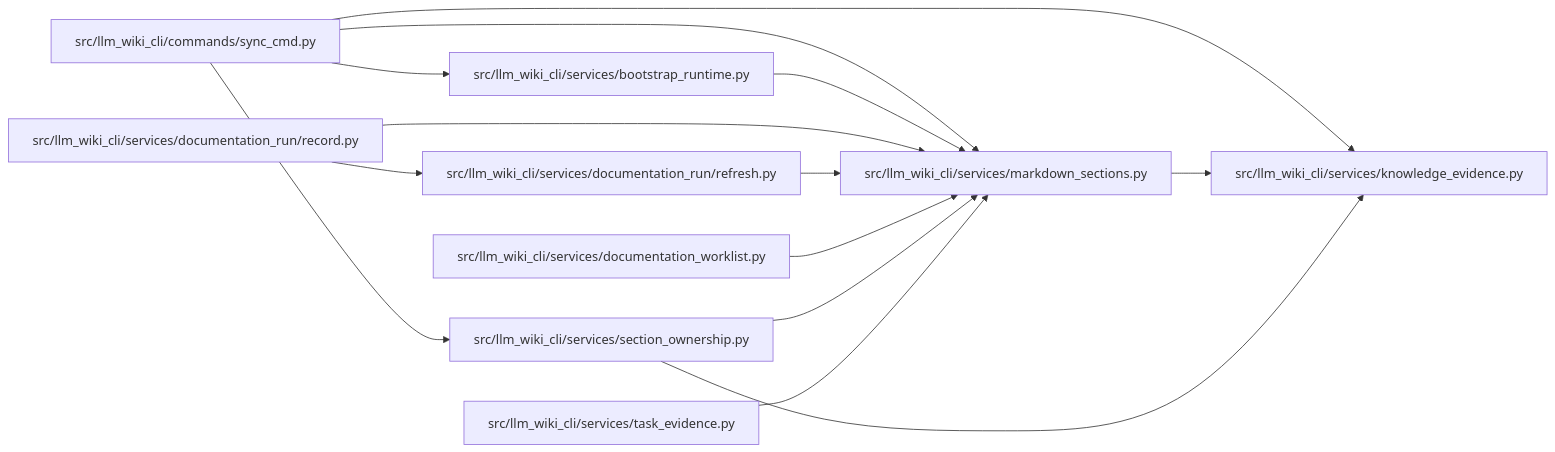
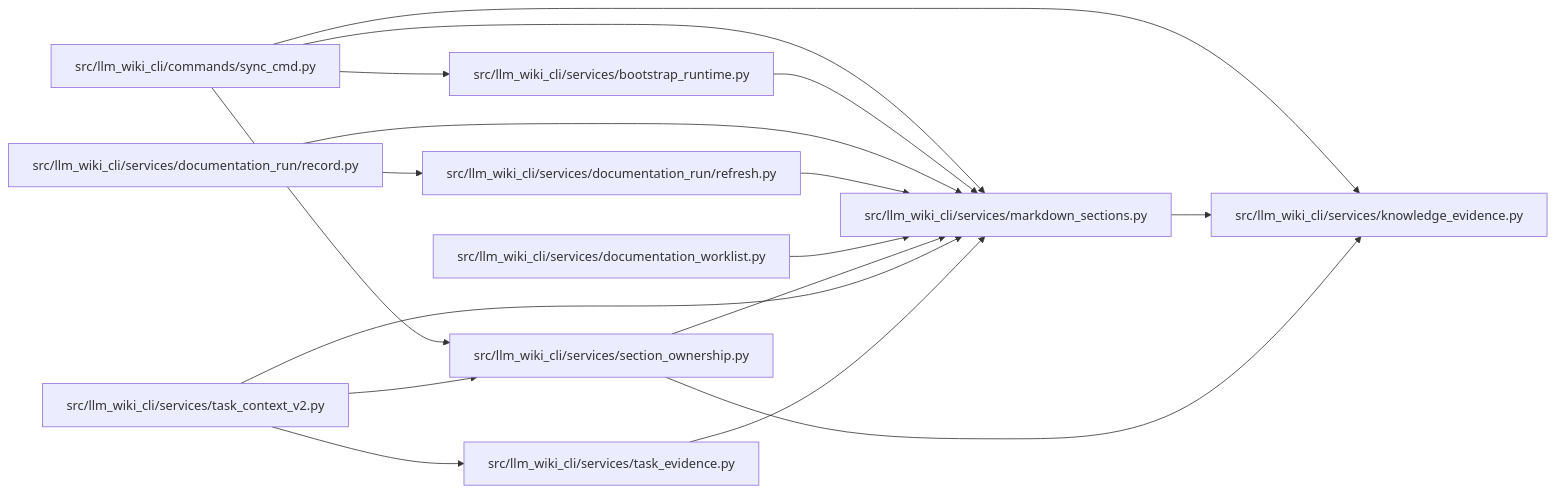
The diagram in docs/llm_wiki/modules/markdown_sections.md (Denissvgn/python-wiki-llm), drawn with Mermaid before and after one commit. The commit also changed other lines of this file and 6245 other files, not shown here.

````diff
--- a/docs/llm_wiki/modules/markdown_sections.md
+++ b/docs/llm_wiki/modules/markdown_sections.md
@@ -33,34 +33,39 @@
 ```mermaid
 flowchart LR
     n0["src/llm_wiki_cli/commands/sync_cmd.py"]
     n1["src/llm_wiki_cli/services/bootstrap_runtime.py"]
     n2["src/llm_wiki_cli/services/documentation_run/record.py"]
     n3["src/llm_wiki_cli/services/documentation_run/refresh.py"]
     n4["src/llm_wiki_cli/services/documentation_worklist.py"]
     n5["src/llm_wiki_cli/services/knowledge_evidence.py"]
     n6["src/llm_wiki_cli/services/markdown_sections.py"]
     n7["src/llm_wiki_cli/services/section_ownership.py"]
-    n8["src/llm_wiki_cli/services/task_evidence.py"]
+    n8["src/llm_wiki_cli/services/task_context_v2.py"]
+    n9["src/llm_wiki_cli/services/task_evidence.py"]
     n0 --> n1
     n0 --> n5
     n0 --> n6
     n0 --> n7
     n1 --> n6
     n2 --> n3
     n2 --> n6
     n3 --> n6
     n4 --> n6
     n6 --> n5
     n7 --> n5
     n7 --> n6
     n8 --> n6
+    n8 --> n7
+    n8 --> n9
+    n9 --> n6
     click n0 "../modules/sync_cmd.md"
     click n1 "../modules/bootstrap_runtime.md"
     click n2 "../modules/record.md"
     click n3 "../modules/refresh.md"
     click n4 "../modules/documentation_worklist.md"
     click n5 "../modules/knowledge_evidence.md"
     click n6 "../modules/markdown_sections.md"
     click n7 "../modules/section_ownership.md"
-    click n8 "../modules/task_evidence.md"
+    click n8 "../modules/task_context_v2.md"
+    click n9 "../modules/task_evidence.md"
 ```
````
